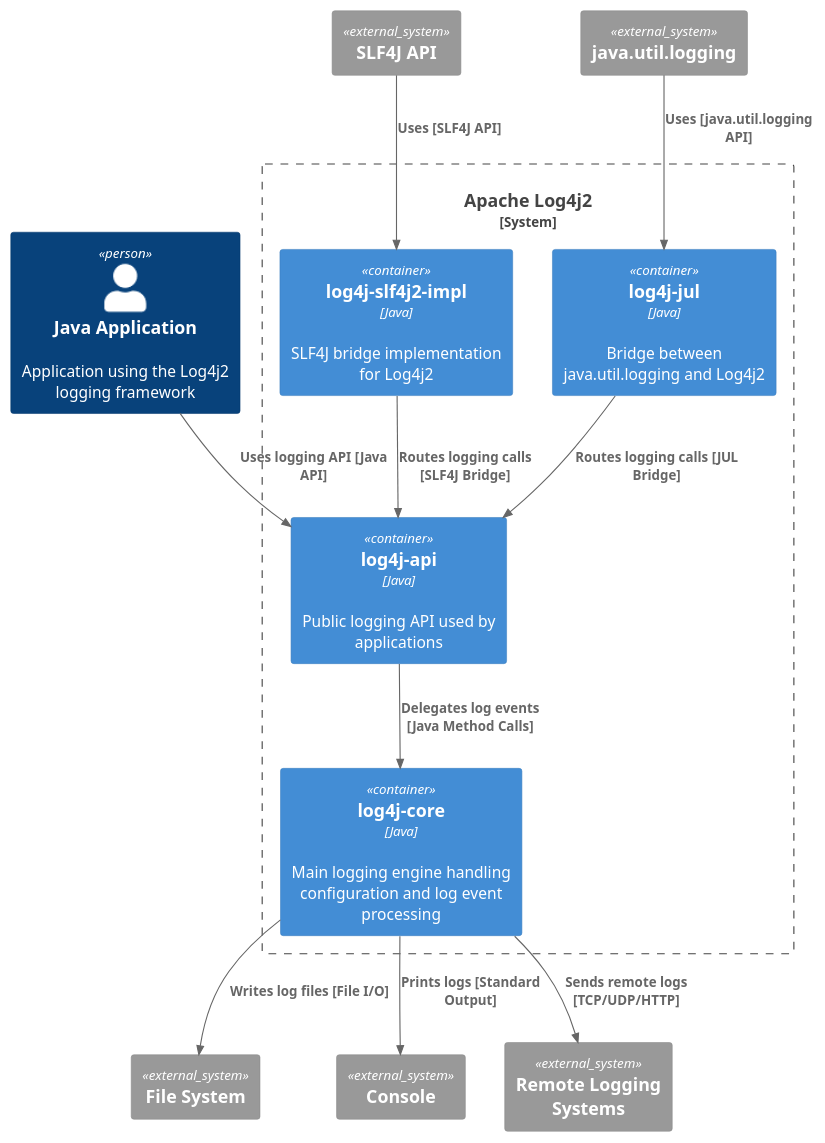
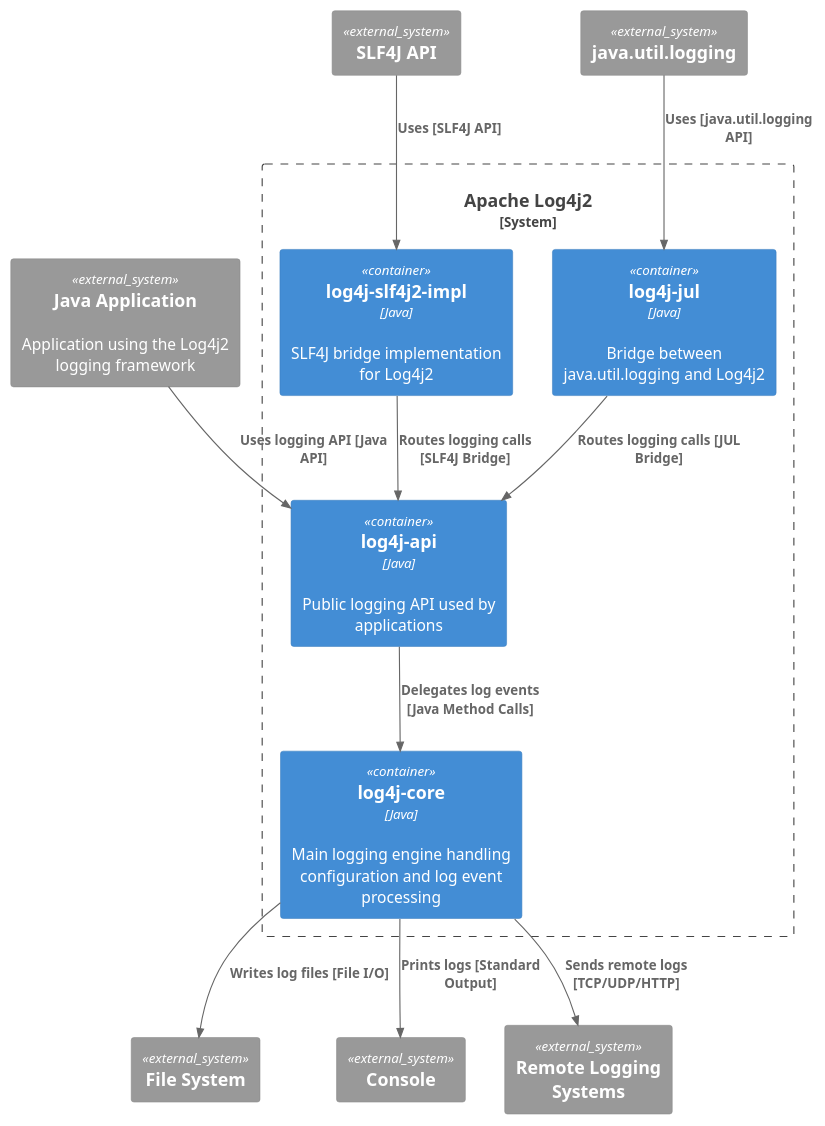
One commit to SDA-Group21/PROJECT changed the diagram in architecture/container.puml. Above: the diagram before and after it, drawn with PlantUML. The commit also changed 1 other file, not shown here.

Commit message:
refine Log4j2 context and container diagrams

```diff
--- a/architecture/container.puml
+++ b/architecture/container.puml
@@ -1,48 +1,40 @@
 @startuml
 
 !include https://raw.githubusercontent.com/plantuml-stdlib/C4-PlantUML/master/C4_Container.puml
 
 LAYOUT_TOP_DOWN()
 
-Person(app, "Java Application", "Application using the Log4j2 logging framework")
+System_Ext(app, "Java Application", "Application using the Log4j2 logging framework")
+System_Ext(slf4j, "SLF4J API")
+System_Ext(jul, "java.util.logging")
 
 System_Boundary(log4j2, "Apache Log4j2") {
 
     Container(api, "log4j-api", "Java", "Public logging API used by applications")
 
     Container(core, "log4j-core", "Java", "Main logging engine handling configuration and log event processing")
 
     Container(slf4jBridge, "log4j-slf4j2-impl", "Java", "SLF4J bridge implementation for Log4j2")
 
     Container(julBridge, "log4j-jul", "Java", "Bridge between java.util.logging and Log4j2")
 }
 
 System_Ext(fs, "File System")
-
 System_Ext(console, "Console")
-
 System_Ext(remote, "Remote Logging Systems")
-
-System_Ext(slf4j, "SLF4J API")
-
-System_Ext(jul, "java.util.logging")
 
 Rel(app, api, "Uses logging API [Java API]")
 
+Rel(slf4j, slf4jBridge, "Uses [SLF4J API]")
+Rel(jul, julBridge, "Uses [java.util.logging API]")
+
+Rel(slf4jBridge, api, "Routes logging calls [SLF4J Bridge]")
+Rel(julBridge, api, "Routes logging calls [JUL Bridge]")
+
 Rel(api, core, "Delegates log events [Java Method Calls]")
 
-Rel(slf4j, slf4jBridge, "Uses [SLF4J API]")
-
-Rel(slf4jBridge, api, "Routes logging calls [SLF4J Bridge]")
-
-Rel(jul, julBridge, "Uses [java.util.logging API]")
-
-Rel(julBridge, api, "Routes logging calls [JUL Bridge]")
-
 Rel(core, fs, "Writes log files [File I/O]")
-
 Rel(core, console, "Prints logs [Standard Output]")
-
 Rel(core, remote, "Sends remote logs [TCP/UDP/HTTP]")
 
 @enduml
```
